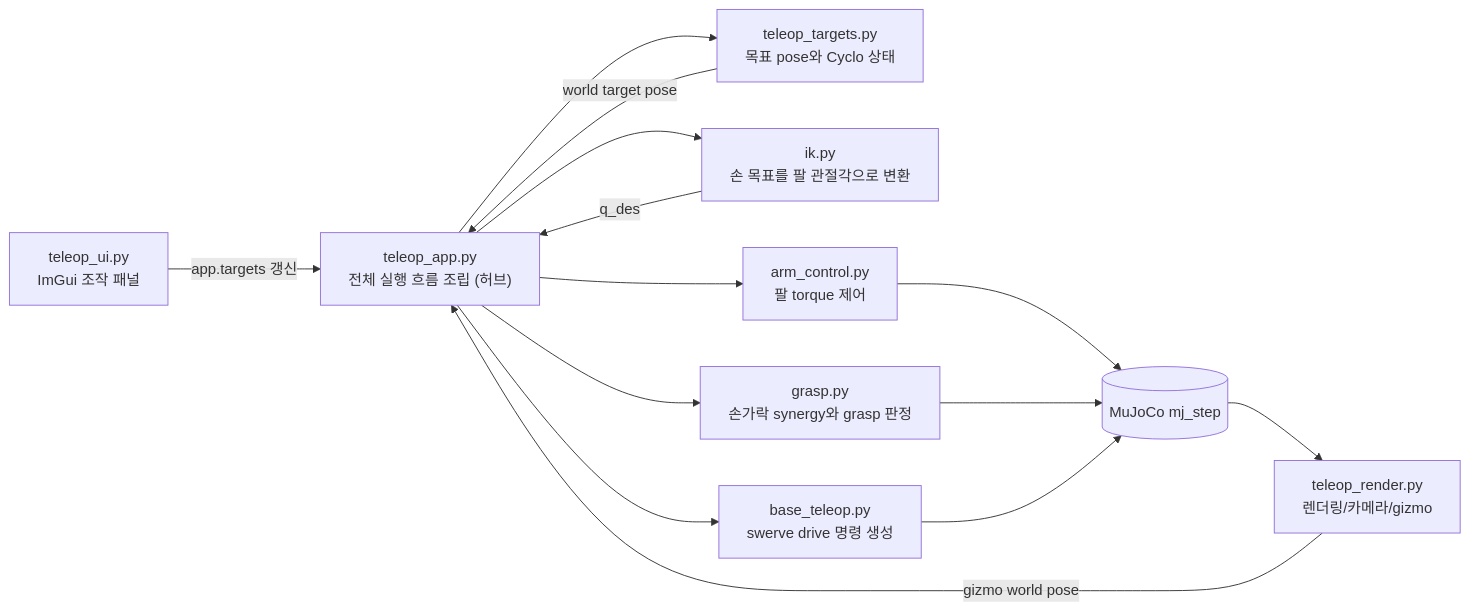
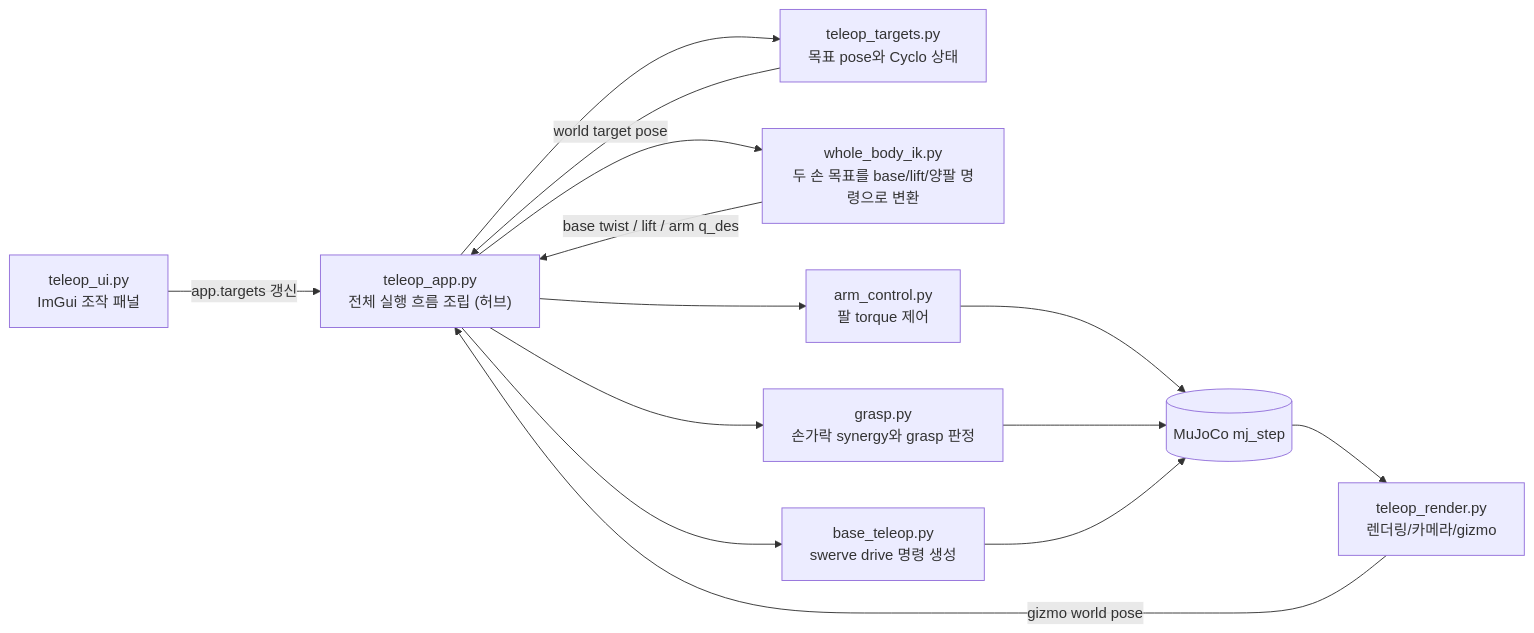
Before and after one commit to ggh-png/ffw-sh5-grasp: the third of 8 diagrams in docs/guide/ros2-guide.md, drawn with Mermaid. The commit also changed other lines of this file and 20 other files, not shown here.

Commit message:
Add ROS-free whole-body IK and stabilize mobile control

````diff
--- a/docs/guide/ros2-guide.md
+++ b/docs/guide/ros2-guide.md
@@ -342,26 +344,26 @@
 ```mermaid
 graph LR
     APP["teleop_app.py<br>전체 실행 흐름 조립 (허브)"]
     UI["teleop_ui.py<br>ImGui 조작 패널"]
     RENDER["teleop_render.py<br>렌더링/카메라/gizmo"]
     TARGETS["teleop_targets.py<br>목표 pose와 Cyclo 상태"]
-    IK["ik.py<br>손 목표를 팔 관절각으로 변환"]
+    IK["whole_body_ik.py<br>두 손 목표를 base/lift/양팔 명령으로 변환"]
     ARM["arm_control.py<br>팔 torque 제어"]
     GRASP["grasp.py<br>손가락 synergy와 grasp 판정"]
     BASE["base_teleop.py<br>swerve drive 명령 생성"]
     PHYS[(MuJoCo mj_step)]
 
     UI -->|"app.targets 갱신"| APP
     RENDER -->|"gizmo world pose"| APP
     APP --> TARGETS
     TARGETS -->|"world target pose"| APP
     APP --> IK
-    IK -->|"q_des"| APP
+    IK -->|"base twist / lift / arm q_des"| APP
     APP --> ARM
     APP --> GRASP
     APP --> BASE
     ARM --> PHYS
     GRASP --> PHYS
     BASE --> PHYS
     PHYS --> RENDER
 ```
````
